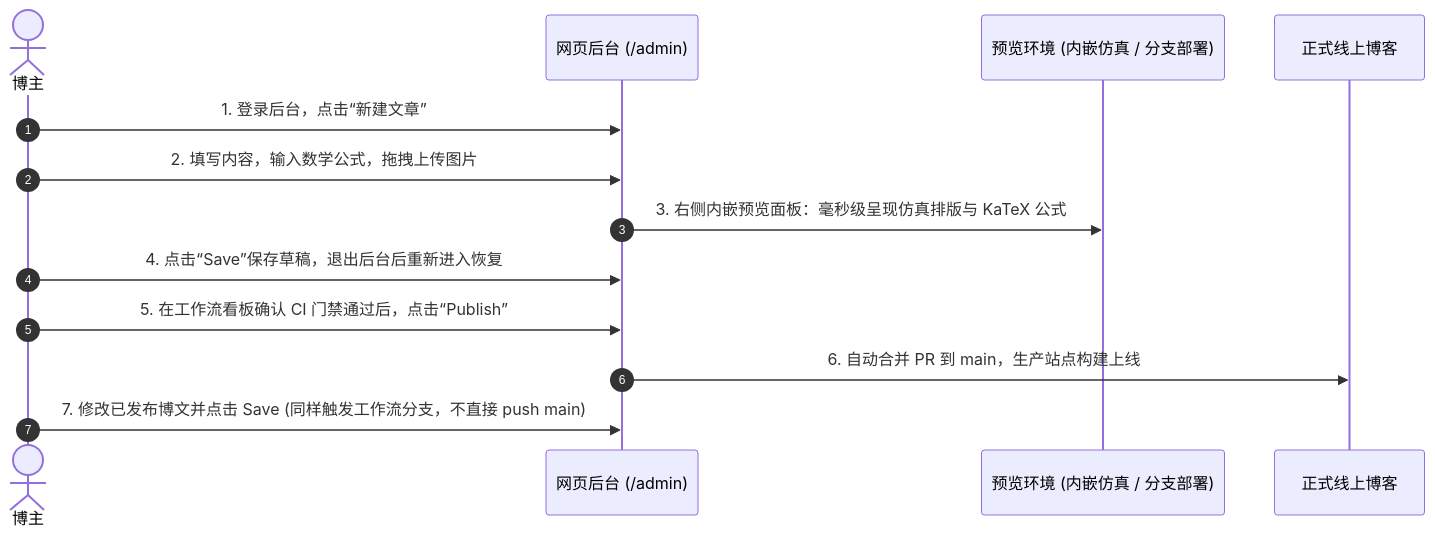
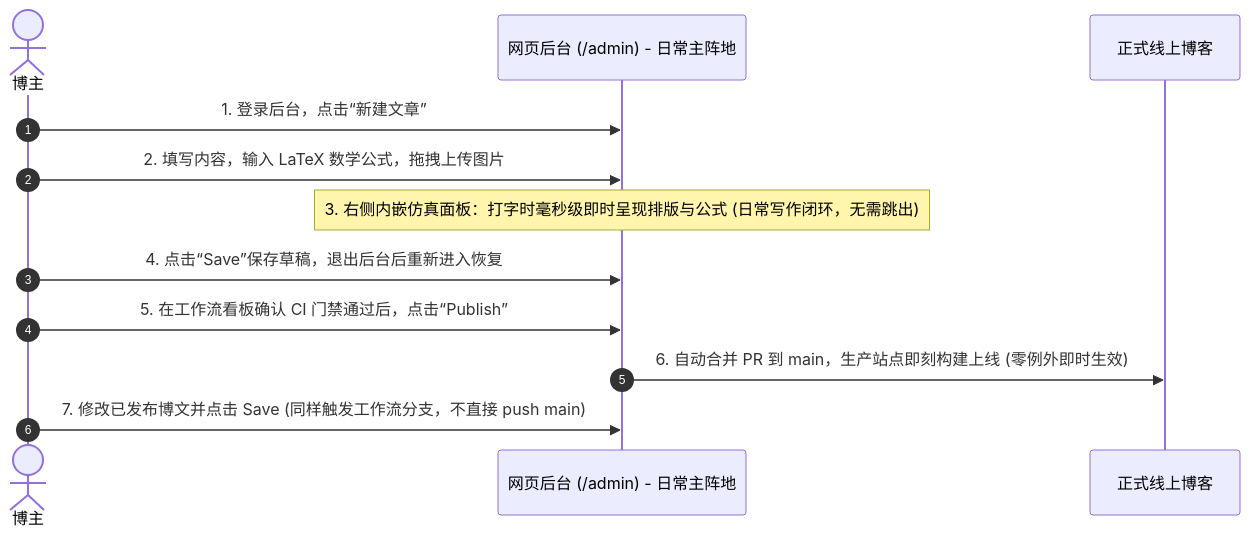
Before and after one commit to ForeSee2024/huaoblog: the second of 2 diagrams in docs/ENGINEERING_SPEC.md, drawn with Mermaid. The commit also changed other lines of this file and 4 other files, not shown here.

Commit message:
refactor(spec): v3.3 strict exact origin whitelist, zero-exception instant publish, Decap official preview interface, and scoped author runbook

````diff
--- a/docs/ENGINEERING_SPEC.md
+++ b/docs/ENGINEERING_SPEC.md
@@ -372,16 +372,15 @@
 ```mermaid
 sequenceDiagram
     autonumber
     actor Author as 博主
-    participant Admin as 网页后台 (/admin)
-    participant Preview as 预览环境 (内嵌仿真 / 分支部署)
+    participant Admin as 网页后台 (/admin) - 日常主阵地
     participant Live as 正式线上博客
 
     Author->>Admin: 1. 登录后台，点击“新建文章”
-    Author->>Admin: 2. 填写内容，输入数学公式，拖拽上传图片
-    Admin->>Preview: 3. 右侧内嵌预览面板：毫秒级呈现仿真排版与 KaTeX 公式
+    Author->>Admin: 2. 填写内容，输入 LaTeX 数学公式，拖拽上传图片
+    Note over Admin: 3. 右侧内嵌仿真面板：打字时毫秒级即时呈现排版与公式 (日常写作闭环，无需跳出)
     Author->>Admin: 4. 点击“Save”保存草稿，退出后台后重新进入恢复
     Author->>Admin: 5. 在工作流看板确认 CI 门禁通过后，点击“Publish”
-    Admin->>Live: 6. 自动合并 PR 到 main，生产站点构建上线
+    Admin->>Live: 6. 自动合并 PR 到 main，生产站点即刻构建上线 (零例外即时生效)
     Author->>Admin: 7. 修改已发布博文并点击 Save (同样触发工作流分支，不直接 push main)
 ```
````
